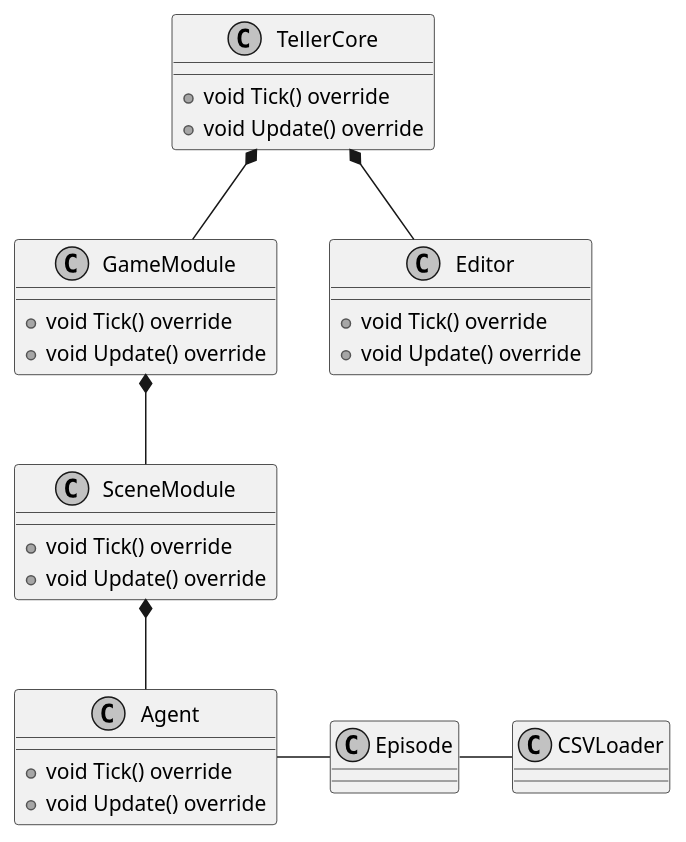
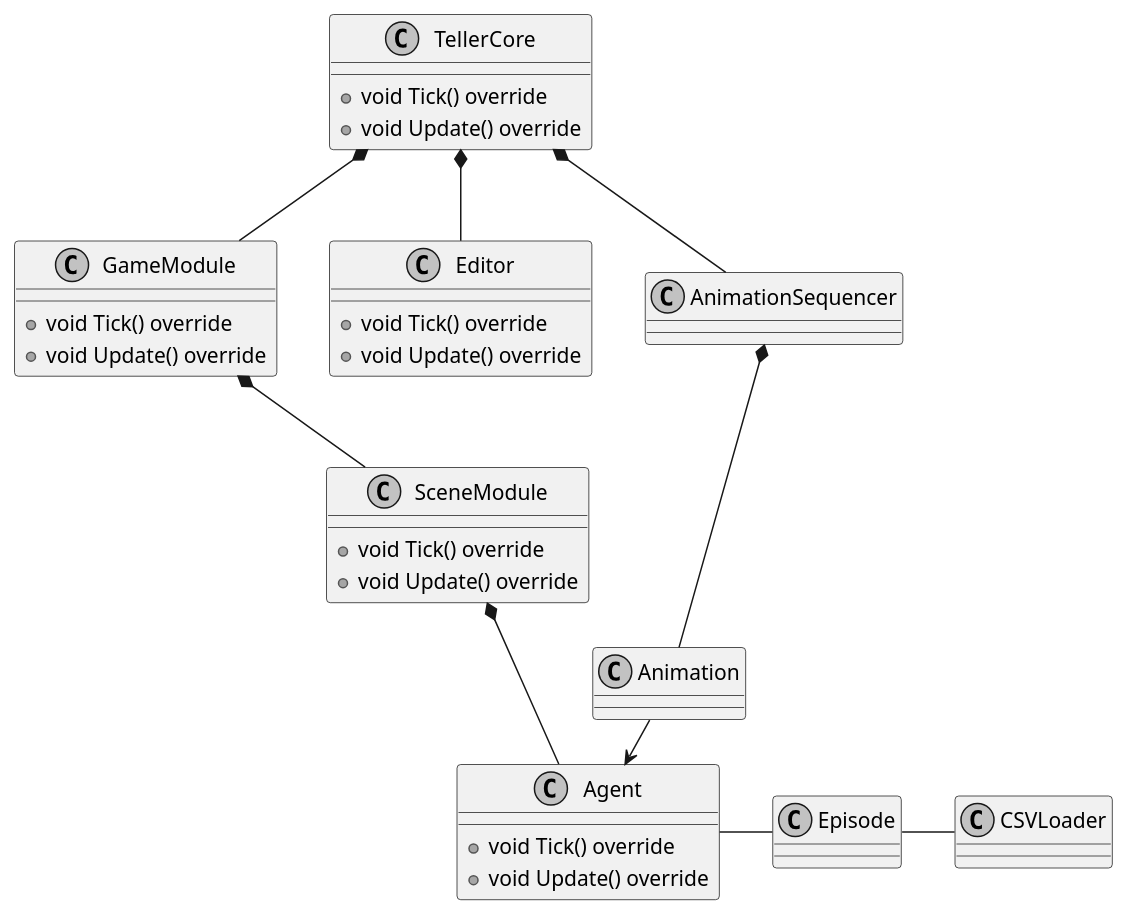
One commit to takiren/Teller changed the diagram in plantuml/layout.pu. Above: the diagram before and after it, drawn with PlantUML. The commit also changed 24 other files, not shown here.

```diff
--- a/plantuml/layout.pu
+++ b/plantuml/layout.pu
@@ -1,41 +1,48 @@
 @startuml Stack
 
 skinparam {
     monochrome true
     padding 1
 }
 class TellerCore{
     +void Tick() override
     +void Update() override
 }
 class GameModule{
     +void Tick() override
     +void Update() override
 }
 class SceneModule{
     +void Tick() override
     +void Update() override
 }
 class Agent{
     +void Tick() override
     +void Update() override
 }
 class Editor{
     +void Tick() override
     +void Update() override
 }
 
 class CSVLoader{
 }
 
 class Episode{
 }
 
+class AnimationSequencer{}
+class Animation{}
+
+
 TellerCore *-- GameModule
 TellerCore *-- Editor
 GameModule *-- SceneModule
 SceneModule *-- Agent
 Agent - Episode
 Episode - CSVLoader
 
+AnimationSequencer *-- Animation
+Animation -> Agent :callback
+TellerCore *-- AnimationSequencer
 @enduml
```
